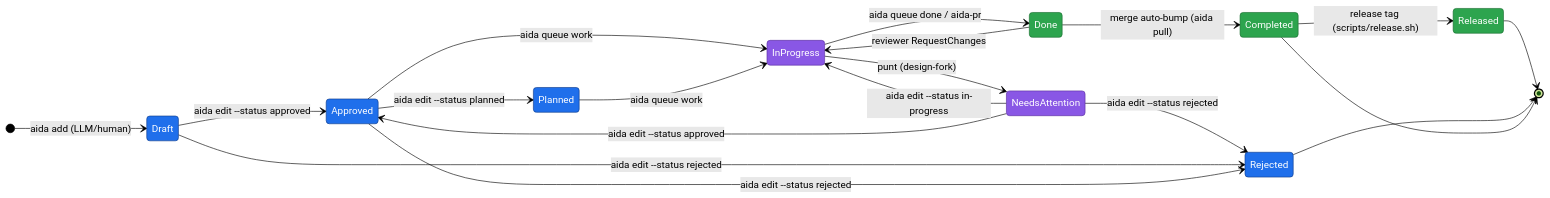
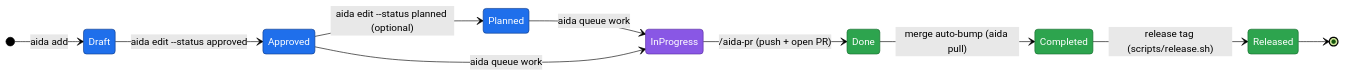
Before and after one commit to joemooney/aida: the first of 6 diagrams in docs/lifecycle.md, drawn with Mermaid (forest theme). The commit also changed other lines of this file, not shown here.

````diff
--- a/docs/lifecycle.md
+++ b/docs/lifecycle.md
@@ -179,34 +203,21 @@
 ```mermaid
 stateDiagram-v2
     direction LR
-    [*] --> Draft: aida add (LLM/human)
-
+    [*] --> Draft: aida add
     Draft --> Approved: aida edit --status approved
-    Approved --> Planned: aida edit --status planned
+    Approved --> Planned: aida edit --status planned (optional)
+    Planned --> InProgress: aida queue work
     Approved --> InProgress: aida queue work
-    Planned --> InProgress: aida queue work
-    InProgress --> Done: aida queue done / aida-pr
+    InProgress --> Done: /aida-pr (push + open PR)
     Done --> Completed: merge auto-bump (aida pull)
     Completed --> Released: release tag (scripts/release.sh)
-
-    InProgress --> NeedsAttention: punt (design-fork)
-    NeedsAttention --> InProgress: aida edit --status in-progress
-    NeedsAttention --> Approved: aida edit --status approved
-    NeedsAttention --> Rejected: aida edit --status rejected
-
-    Draft --> Rejected: aida edit --status rejected
-    Approved --> Rejected: aida edit --status rejected
-    Done --> InProgress: reviewer RequestChanges
-
     Released --> [*]
-    Rejected --> [*]
-    Completed --> [*]
 
     classDef cli fill:#1f6feb,stroke:#0d3b8a,color:#fff
     classDef llm fill:#8957e5,stroke:#5a2ca0,color:#fff
     classDef git fill:#2da44e,stroke:#176b2e,color:#fff
 
-    class Draft,Approved,Planned,Rejected cli
-    class InProgress,NeedsAttention llm
+    class Draft,Approved,Planned cli
+    class InProgress llm
     class Done,Completed,Released git
 ```
````
